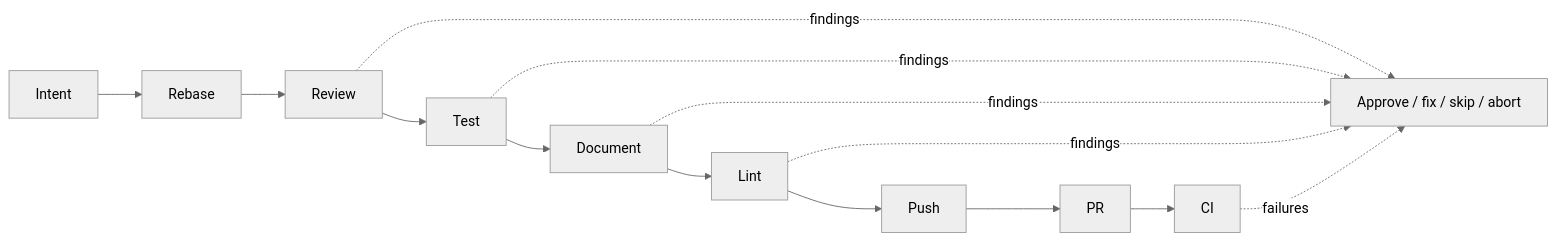
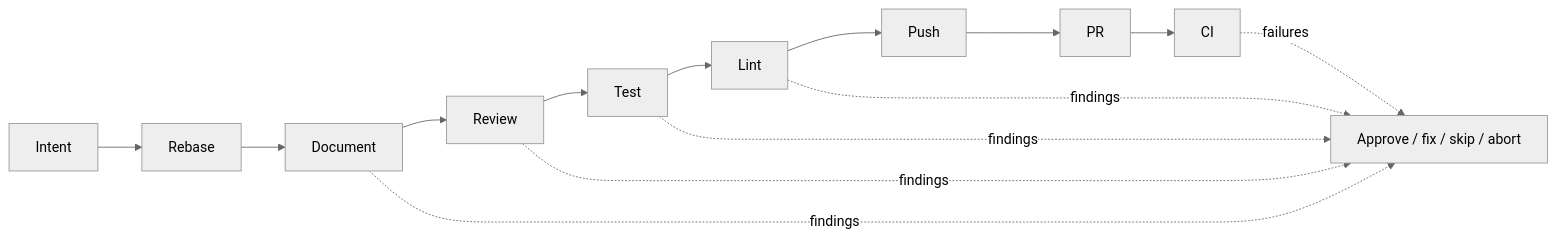
The diagram in docs/src/content/docs/concepts/pipeline.md (ironerumi/no-mistakes), drawn with Mermaid (neutral theme) before and after one commit. The commit also changed 2 other files, not shown here.

Commit message:
no-mistakes(review): Hardened legacy recovery errors and synchronized pipeline documentation

````diff
--- a/docs/src/content/docs/concepts/pipeline.md
+++ b/docs/src/content/docs/concepts/pipeline.md
@@ -12,9 +12,9 @@
 ```mermaid
 flowchart LR
-  intent["Intent"] --> rebase["Rebase"] --> review["Review"] --> test["Test"] --> document["Document"] --> lint["Lint"] --> push["Push"] --> pr["PR"] --> ci["CI"]
+  intent["Intent"] --> rebase["Rebase"] --> document["Document"] --> review["Review"] --> test["Test"] --> lint["Lint"] --> push["Push"] --> pr["PR"] --> ci["CI"]
   review -. findings .-> action["Approve / fix / skip / abort"]
   test -. findings .-> action
   document -. findings .-> action
   lint -. findings .-> action
   ci -. failures .-> action
 ```
````
